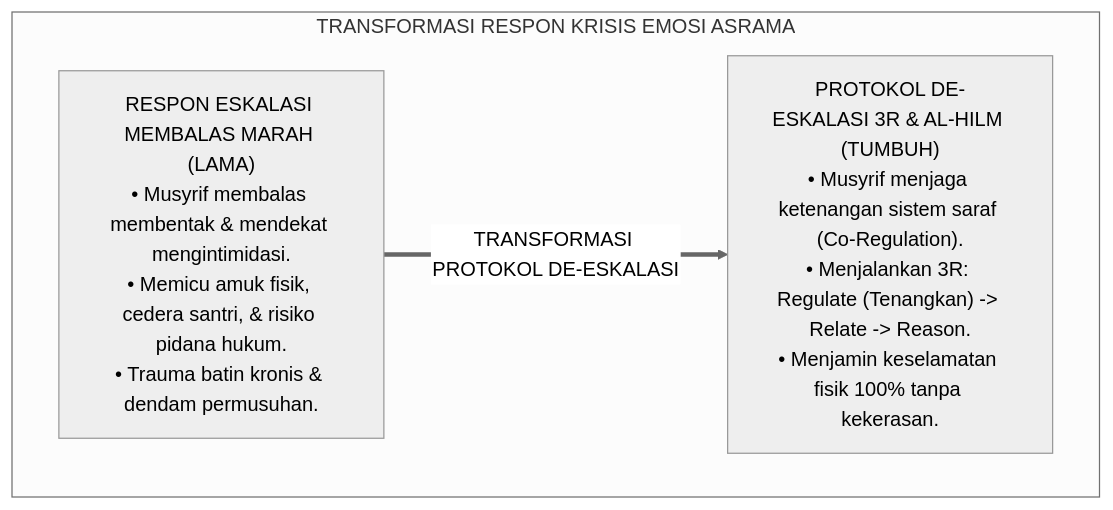
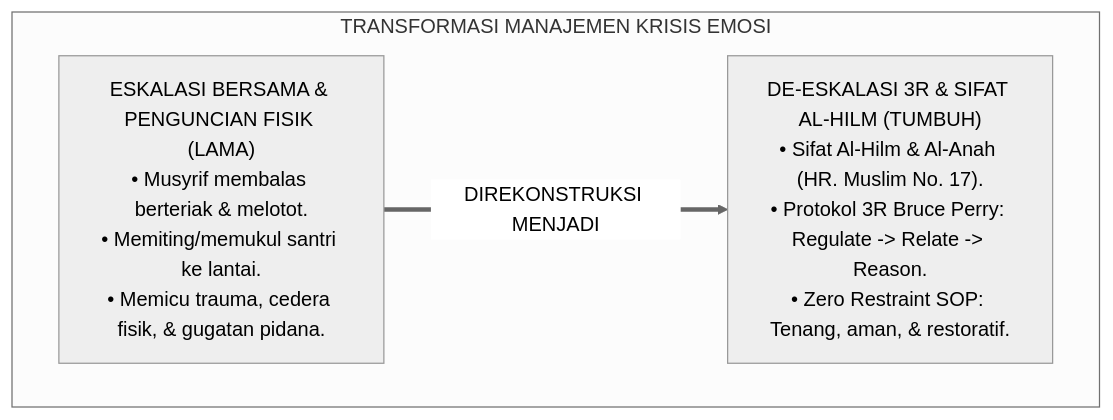
Before and after one commit to wandiapriliyandi/tumbuh: the first of 3 diagrams in 02 Principles/06 Intervention Principles/P2-06-03-Prinsip-De-eskalasi-Krisis-dan-Regulasi-Emosi.md, drawn with Mermaid (neutral theme). The commit also changed other lines of this file and 7 other files, not shown here.

````diff
--- a/02 Principles/06 Intervention Principles/P2-06-03-Prinsip-De-eskalasi-Krisis-dan-Regulasi-Emosi.md
+++ b/02 Principles/06 Intervention Principles/P2-06-03-Prinsip-De-eskalasi-Krisis-dan-Regulasi-Emosi.md
@@ -58,10 +55,10 @@
 ```mermaid
 flowchart TD
-    subgraph TransformasiPenangananKrisis["TRANSFORMASI RESPON KRISIS EMOSI ASRAMA"]
-        EskalasiKekerasan["RESPON ESKALASI MEMBALAS MARAH (LAMA)<br/>• Musyrif membalas membentak & mendekat mengintimidasi.<br/>• Memicu amuk fisik, cedera santri, & risiko pidana hukum.<br/>• Trauma batin kronis & dendam permusuhan."]
+    subgraph TransformasiPenangananKrisis["TRANSFORMASI MANAJEMEN KRISIS EMOSI"]
+        PolaKasarLama["ESKALASI BERSAMA & PENGUNCIAN FISIK (LAMA)<br/>• Musyrif membalas berteriak & melotot.<br/>• Memiting/memukul santri ke lantai.<br/>• Memicu trauma, cedera fisik, & gugatan pidana."]
         
-        DeEskalasiTUMBUH["PROTOKOL DE-ESKALASI 3R & AL-HILM (TUMBUH)<br/>• Musyrif menjaga ketenangan sistem saraf (Co-Regulation).<br/>• Menjalankan 3R: Regulate (Tenangkan) -> Relate -> Reason.<br/>• Menjamin keselamatan fisik 100% tanpa kekerasan."]
+        PolaDeEskalasiTUMBUH["DE-ESKALASI 3R & SIFAT AL-HILM (TUMBUH)<br/>• Sifat Al-Hilm & Al-Anah (HR. Muslim No. 17).<br/>• Protokol 3R Bruce Perry: Regulate -> Relate -> Reason.<br/>• Zero Restraint SOP: Tenang, aman, & restoratif."]
         
-        EskalasiKekerasan ==>|TRANSFORMASI PROTOKOL DE-ESKALASI| DeEskalasiTUMBUH
+        PolaKasarLama ==>|DIREKONSTRUKSI MENJADI| PolaDeEskalasiTUMBUH
     end
 ```
````
